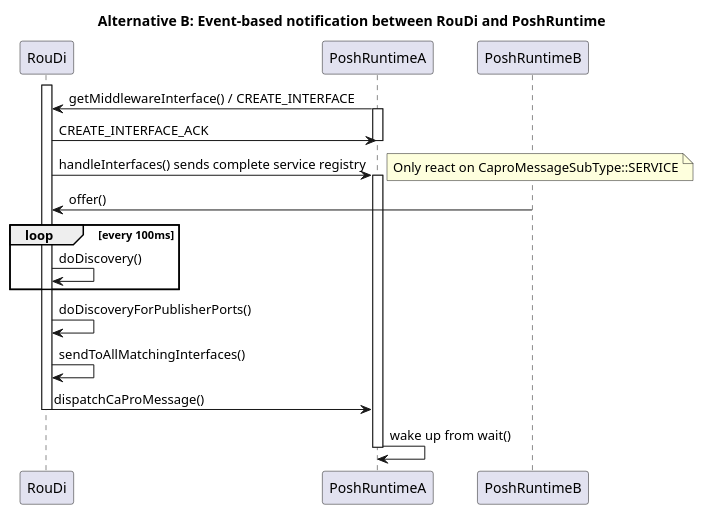
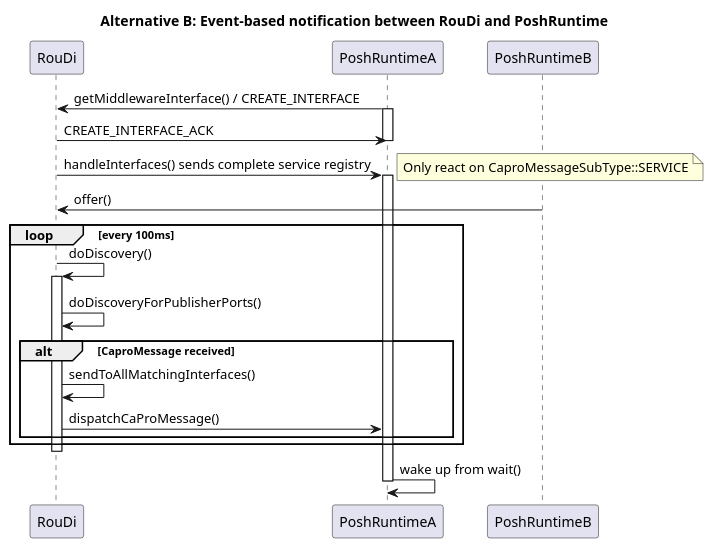
The diagram in doc/design/diagrams/service-discovery-sequence-diagram.puml (eclipse-iceoryx/iceoryx), drawn with PlantUML before and after one commit. The commit also changed 1 other file, not shown here.

Commit message:
iox-#415 Extend todo list in ddd and fix UML

```diff
--- a/doc/design/diagrams/service-discovery-sequence-diagram.puml
+++ b/doc/design/diagrams/service-discovery-sequence-diagram.puml
@@ -1,30 +1,33 @@
 @startuml
 title Alternative B: Event-based notification between RouDi and PoshRuntime
 
 participant RouDi
 participant PoshRuntimeA
 participant PoshRuntimeB
 
 PoshRuntimeA->RouDi:  getMiddlewareInterface() / CREATE_INTERFACE
 activate PoshRuntimeA
 RouDi->PoshRuntimeA: CREATE_INTERFACE_ACK
 deactivate PoshRuntimeA
 
 RouDi->PoshRuntimeA: handleInterfaces() sends complete service registry
 activate PoshRuntimeA
 
 note right: Only react on CaproMessageSubType::SERVICE
 
 PoshRuntimeB->RouDi: offer()
 loop every 100ms
     RouDi->RouDi: doDiscovery()
+
+    activate RouDi
+    RouDi->RouDi: doDiscoveryForPublisherPorts()
+    alt CaproMessage received
+        RouDi->RouDi: sendToAllMatchingInterfaces()
+        RouDi->PoshRuntimeA: dispatchCaProMessage()
+    end
 end
-activate RouDi
-RouDi->RouDi: doDiscoveryForPublisherPorts()
-RouDi->RouDi: sendToAllMatchingInterfaces()
-RouDi->PoshRuntimeA: dispatchCaProMessage()
 deactivate RouDi
 PoshRuntimeA->PoshRuntimeA: wake up from wait()
 deactivate PoshRuntimeA
 
 @enduml
```
